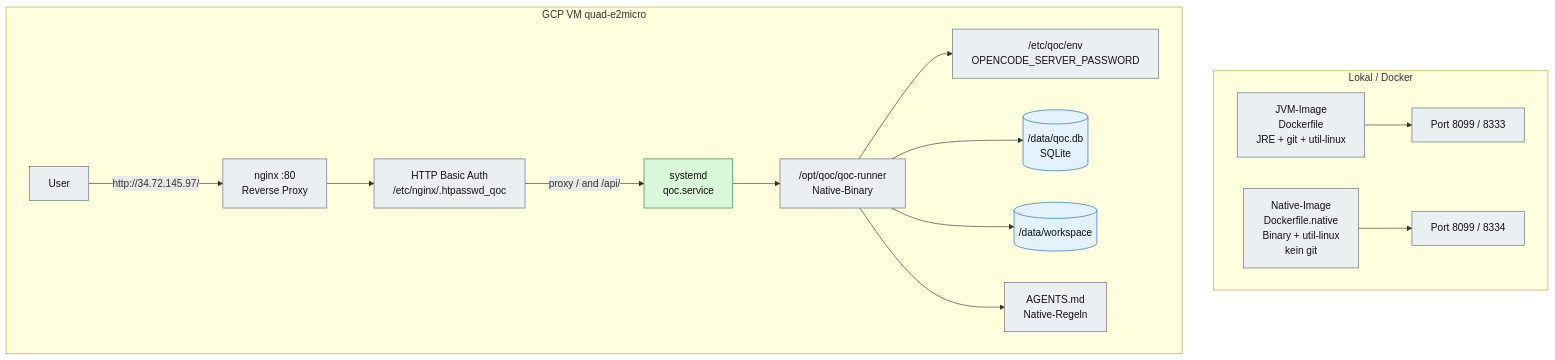
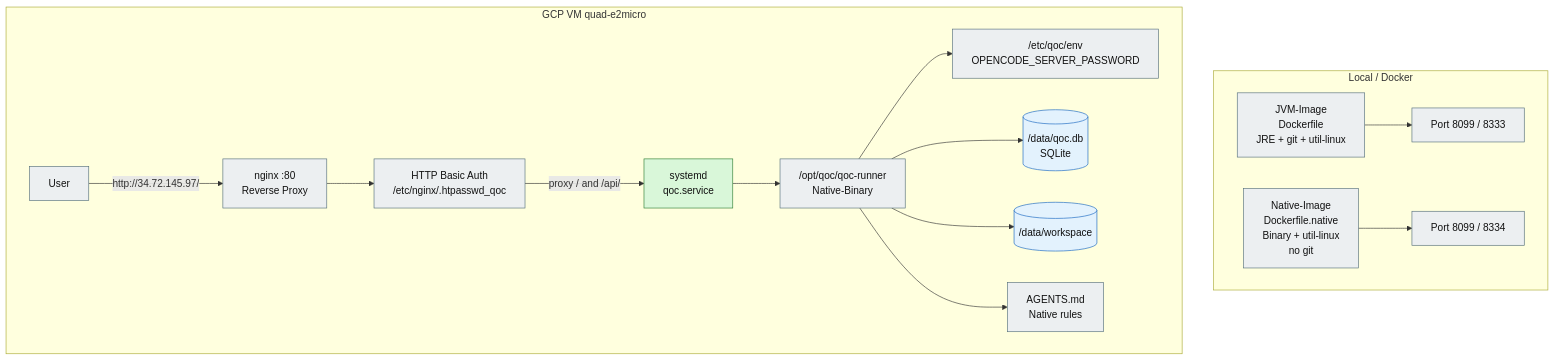
One commit to augmentia-de/QOC changed the diagram in docs/diagrams/10-deployment.md. Above: the diagram before and after it, drawn with Mermaid. The commit also changed other lines of this file and 71 other files, not shown here.

````diff
--- a/docs/diagrams/10-deployment.md
+++ b/docs/diagrams/10-deployment.md
@@ -9,36 +9,36 @@
 ```mermaid
 flowchart TB
-  subgraph Local["Lokal / Docker"]
+  subgraph Local["Local / Docker"]
     Jvm["JVM-Image<br/>Dockerfile<br/>JRE + git + util-linux"]:::ext
     JvmPort["Port 8099 / 8333"]:::ext
-    Native["Native-Image<br/>Dockerfile.native<br/>Binary + util-linux<br/>kein git"]:::ext
+    Native["Native-Image<br/>Dockerfile.native<br/>Binary + util-linux<br/>no git"]:::ext
     NativePort["Port 8099 / 8334"]:::ext
     Jvm --> JvmPort
     Native --> NativePort
   end
 
   subgraph Gcp["GCP VM quad-e2micro"]
     User["User"]:::ext
     Nginx["nginx :80<br/>Reverse Proxy"]:::ext
     Auth["HTTP Basic Auth<br/>/etc/nginx/.htpasswd_qoc"]:::ext
     Systemd["systemd<br/>qoc.service"]:::det
     Binary["/opt/qoc/qoc-runner<br/>Native-Binary"]:::ext
     Env["/etc/qoc/env<br/>OPENCODE_SERVER_PASSWORD"]:::ext
     Db[("/data/qoc.db<br/>SQLite")]:::store
     Workspace[("/data/workspace")]:::store
-    Agents["AGENTS.md<br/>Native-Regeln"]:::ext
+    Agents["AGENTS.md<br/>Native rules"]:::ext
 
     User -->|"http://34.72.145.97/"| Nginx
     Nginx --> Auth
     Auth -->|"proxy / and /api/"| Systemd
     Systemd --> Binary
     Binary --> Env
     Binary --> Db
     Binary --> Workspace
     Binary --> Agents
   end
 
   classDef det fill:#d9f7d9,stroke:#2e7d32,stroke-width:1px,color:#111;
   classDef ext fill:#eceff1,stroke:#546e7a,stroke-width:1px,color:#111;
   classDef store fill:#e3f2fd,stroke:#1565c0,stroke-width:1px,color:#111;
 ```
````
